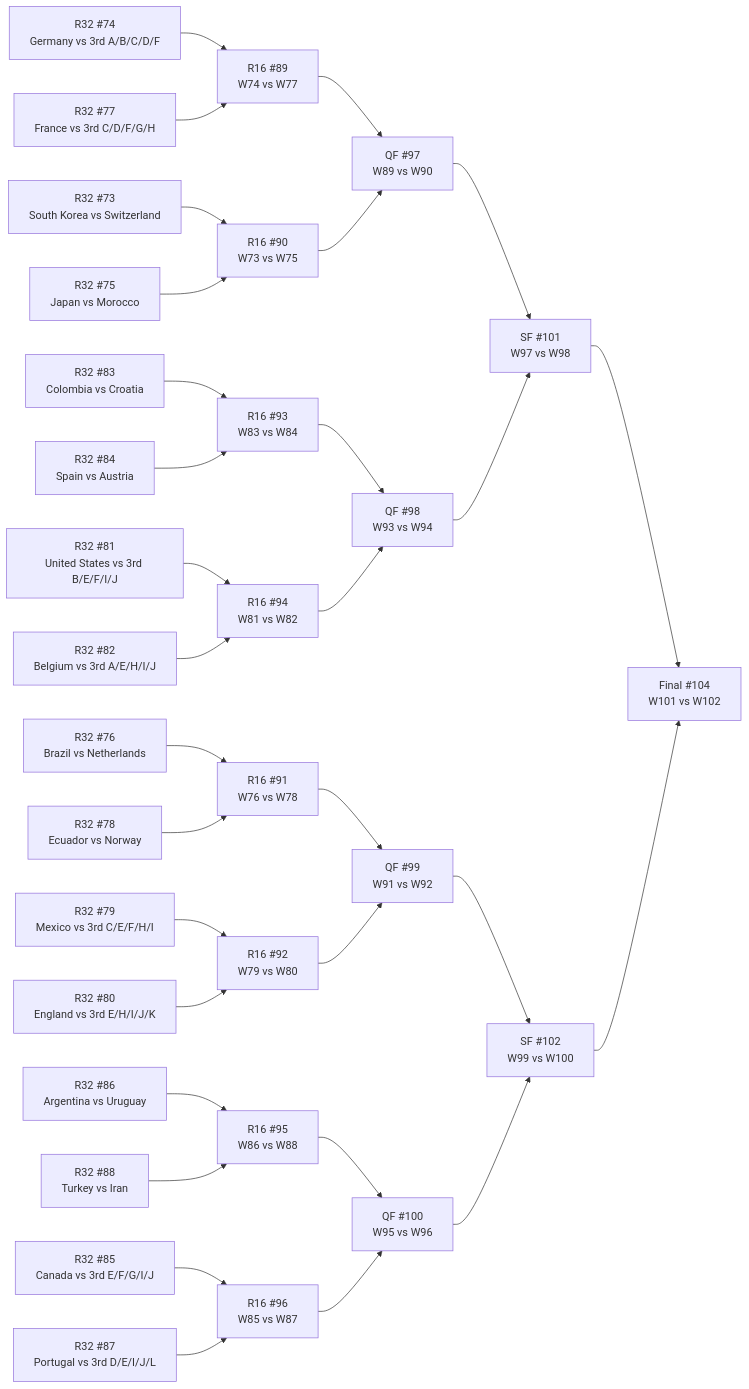
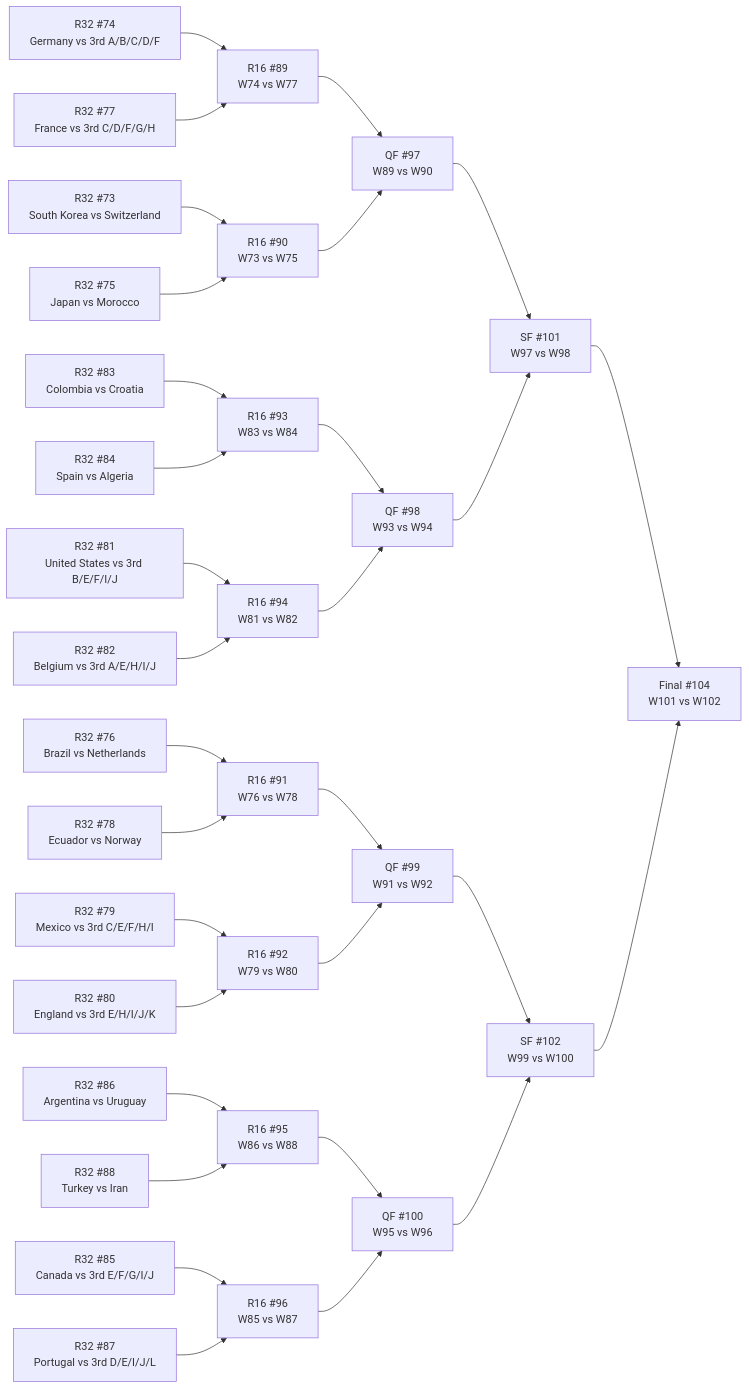
One commit to Tutai-Tran/WC-2026-predictor changed the diagram in WC vault/_bracket.md. Above: the diagram before and after it, drawn with Mermaid. The commit also changed 89 other files, not shown here.

````diff
--- a/WC vault/_bracket.md
+++ b/WC vault/_bracket.md
@@ -11,64 +11,64 @@
 ```mermaid
 flowchart LR
   M73["R32 #73<br>South Korea vs Switzerland"]
   M74["R32 #74<br>Germany vs 3rd A/B/C/D/F"]
   M75["R32 #75<br>Japan vs Morocco"]
   M76["R32 #76<br>Brazil vs Netherlands"]
   M77["R32 #77<br>France vs 3rd C/D/F/G/H"]
   M78["R32 #78<br>Ecuador vs Norway"]
   M79["R32 #79<br>Mexico vs 3rd C/E/F/H/I"]
   M80["R32 #80<br>England vs 3rd E/H/I/J/K"]
   M81["R32 #81<br>United States vs 3rd B/E/F/I/J"]
   M82["R32 #82<br>Belgium vs 3rd A/E/H/I/J"]
   M83["R32 #83<br>Colombia vs Croatia"]
-  M84["R32 #84<br>Spain vs Austria"]
+  M84["R32 #84<br>Spain vs Algeria"]
   M85["R32 #85<br>Canada vs 3rd E/F/G/I/J"]
   M86["R32 #86<br>Argentina vs Uruguay"]
   M87["R32 #87<br>Portugal vs 3rd D/E/I/J/L"]
   M88["R32 #88<br>Turkey vs Iran"]
   M89["R16 #89<br>W74 vs W77"]
   M90["R16 #90<br>W73 vs W75"]
   M91["R16 #91<br>W76 vs W78"]
   M92["R16 #92<br>W79 vs W80"]
   M93["R16 #93<br>W83 vs W84"]
   M94["R16 #94<br>W81 vs W82"]
   M95["R16 #95<br>W86 vs W88"]
   M96["R16 #96<br>W85 vs W87"]
   M97["QF #97<br>W89 vs W90"]
   M98["QF #98<br>W93 vs W94"]
   M99["QF #99<br>W91 vs W92"]
   M100["QF #100<br>W95 vs W96"]
   M101["SF #101<br>W97 vs W98"]
   M102["SF #102<br>W99 vs W100"]
   M104["Final #104<br>W101 vs W102"]
   M74 --> M89
   M77 --> M89
   M73 --> M90
   M75 --> M90
   M76 --> M91
   M78 --> M91
   M79 --> M92
   M80 --> M92
   M83 --> M93
   M84 --> M93
   M81 --> M94
   M82 --> M94
   M86 --> M95
   M88 --> M95
   M85 --> M96
   M87 --> M96
   M89 --> M97
   M90 --> M97
   M93 --> M98
   M94 --> M98
   M91 --> M99
   M92 --> M99
   M95 --> M100
   M96 --> M100
   M97 --> M101
   M98 --> M101
   M99 --> M102
   M100 --> M102
   M101 --> M104
   M102 --> M104
 ```
````
